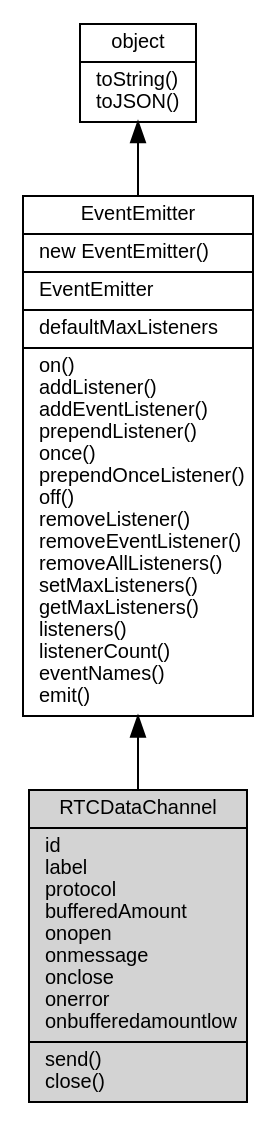
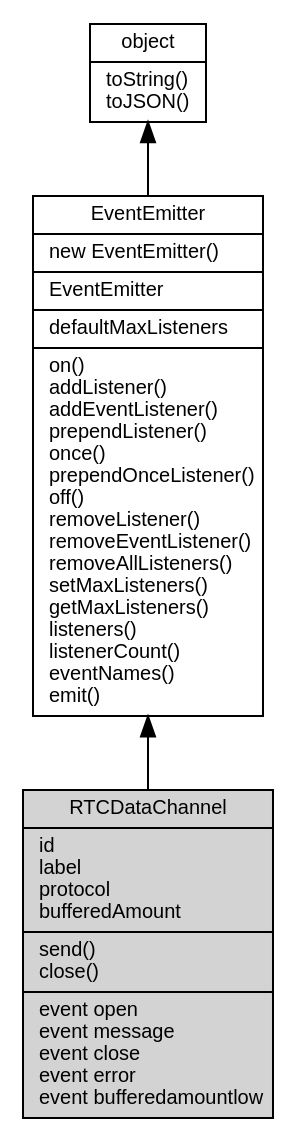
Before and after one commit to fibjs/fibjs.org: the diagram in docs/manual/object/ifs/RTCDataChannel.md, drawn with Graphviz. The commit also changed other lines of this file and 63 other files, not shown here.

````diff
--- a/docs/manual/object/ifs/RTCDataChannel.md
+++ b/docs/manual/object/ifs/RTCDataChannel.md
@@ -5,12 +5,12 @@
 ```dot
 digraph {
     node [fontname="Helvetica,sans-Serif", fontsize=10, shape="record", style="filled", fillcolor="white"];
 
     object [tooltip="object", URL="object.md", label="{object|toString()\ltoJSON()\l}"];
     EventEmitter [tooltip="EventEmitter", URL="EventEmitter.md", label="{EventEmitter|new EventEmitter()\l|EventEmitter\l|defaultMaxListeners\l|on()\laddListener()\laddEventListener()\lprependListener()\lonce()\lprependOnceListener()\loff()\lremoveListener()\lremoveEventListener()\lremoveAllListeners()\lsetMaxListeners()\lgetMaxListeners()\llisteners()\llistenerCount()\leventNames()\lemit()\l}"];
-    RTCDataChannel [tooltip="RTCDataChannel", fillcolor="lightgray", id="me", label="{RTCDataChannel|id\llabel\lprotocol\lbufferedAmount\lonopen\lonmessage\lonclose\lonerror\lonbufferedamountlow\l|send()\lclose()\l}"];
+    RTCDataChannel [tooltip="RTCDataChannel", fillcolor="lightgray", id="me", label="{RTCDataChannel|id\llabel\lprotocol\lbufferedAmount\l|send()\lclose()\l|event open\levent message\levent close\levent error\levent bufferedamountlow\l}"];
 
     object -> EventEmitter [dir=back];
     EventEmitter -> RTCDataChannel [dir=back];
 }
 ```
````
